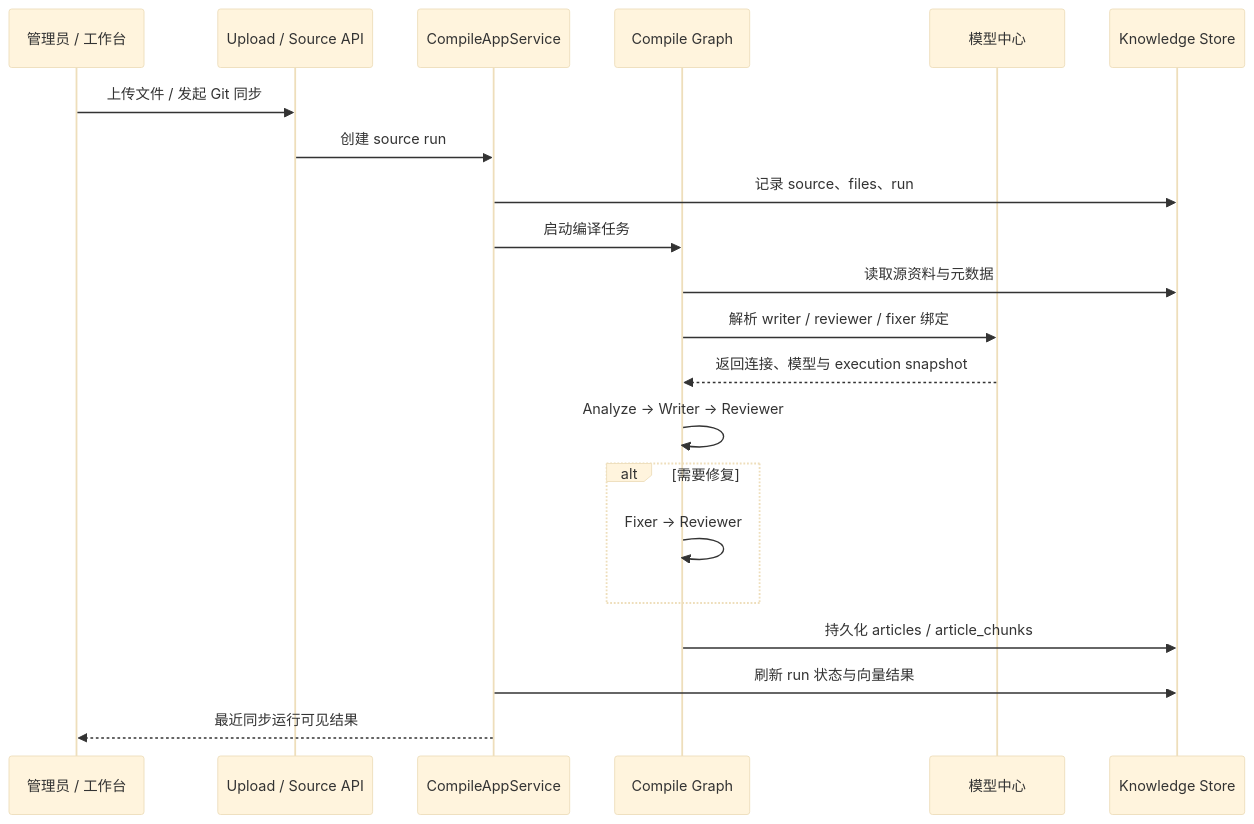
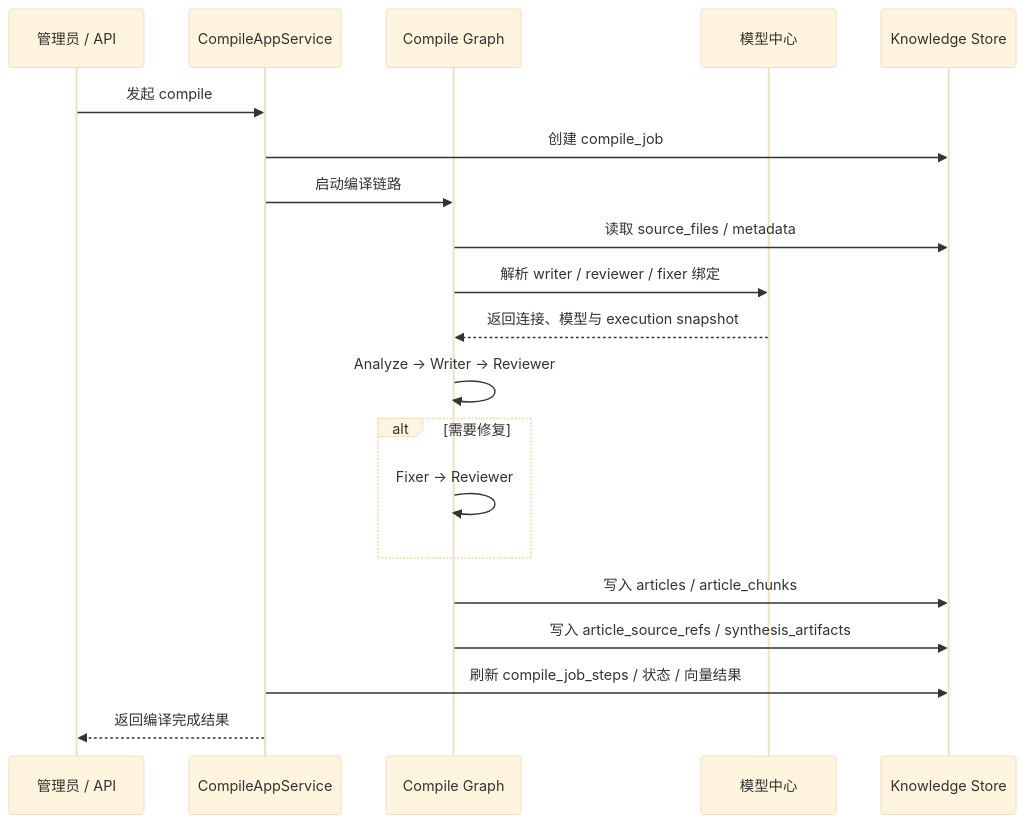
Before and after one commit to small-xiexu/Lattice-java: the third of 5 diagrams in README.md, drawn with Mermaid (base theme). The commit also changed other lines of this file and 112 other files, not shown here.

````diff
--- a/README.md
+++ b/README.md
@@ -149,24 +137,23 @@
 ```mermaid
 sequenceDiagram
-    participant U as 管理员 / 工作台
-    participant API as Upload / Source API
+    participant U as 管理员 / API
     participant APP as CompileAppService
     participant G as Compile Graph
     participant MC as 模型中心
     participant DB as Knowledge Store
 
-    U->>API: 上传文件 / 发起 Git 同步
-    API->>APP: 创建 source run
-    APP->>DB: 记录 source、files、run
-    APP->>G: 启动编译任务
-    G->>DB: 读取源资料与元数据
+    U->>APP: 发起 compile
+    APP->>DB: 创建 compile_job
+    APP->>G: 启动编译链路
+    G->>DB: 读取 source_files / metadata
     G->>MC: 解析 writer / reviewer / fixer 绑定
     MC-->>G: 返回连接、模型与 execution snapshot
     G->>G: Analyze -> Writer -> Reviewer
     alt 需要修复
         G->>G: Fixer -> Reviewer
     end
-    G->>DB: 持久化 articles / article_chunks
-    APP->>DB: 刷新 run 状态与向量结果
-    APP-->>U: 最近同步运行可见结果
+    G->>DB: 写入 articles / article_chunks
+    G->>DB: 写入 article_source_refs / synthesis_artifacts
+    APP->>DB: 刷新 compile_job_steps / 状态 / 向量结果
+    APP-->>U: 返回编译完成结果
 ```
````
